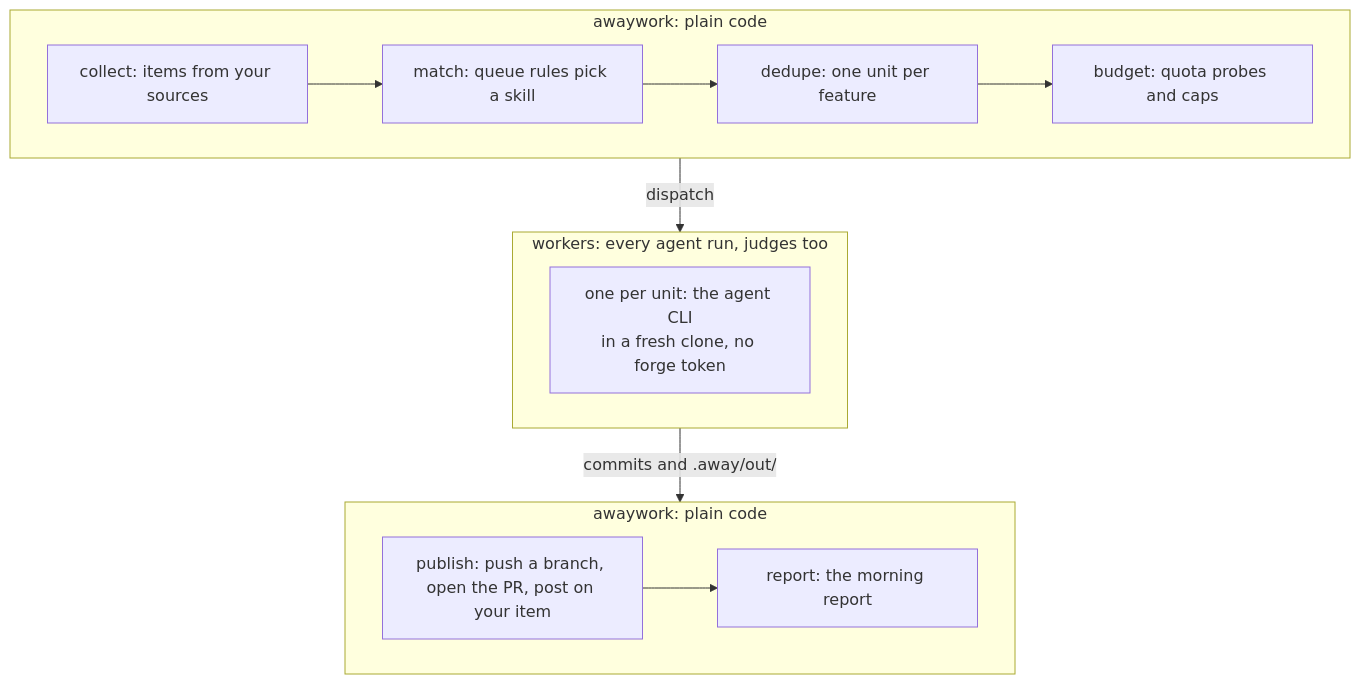
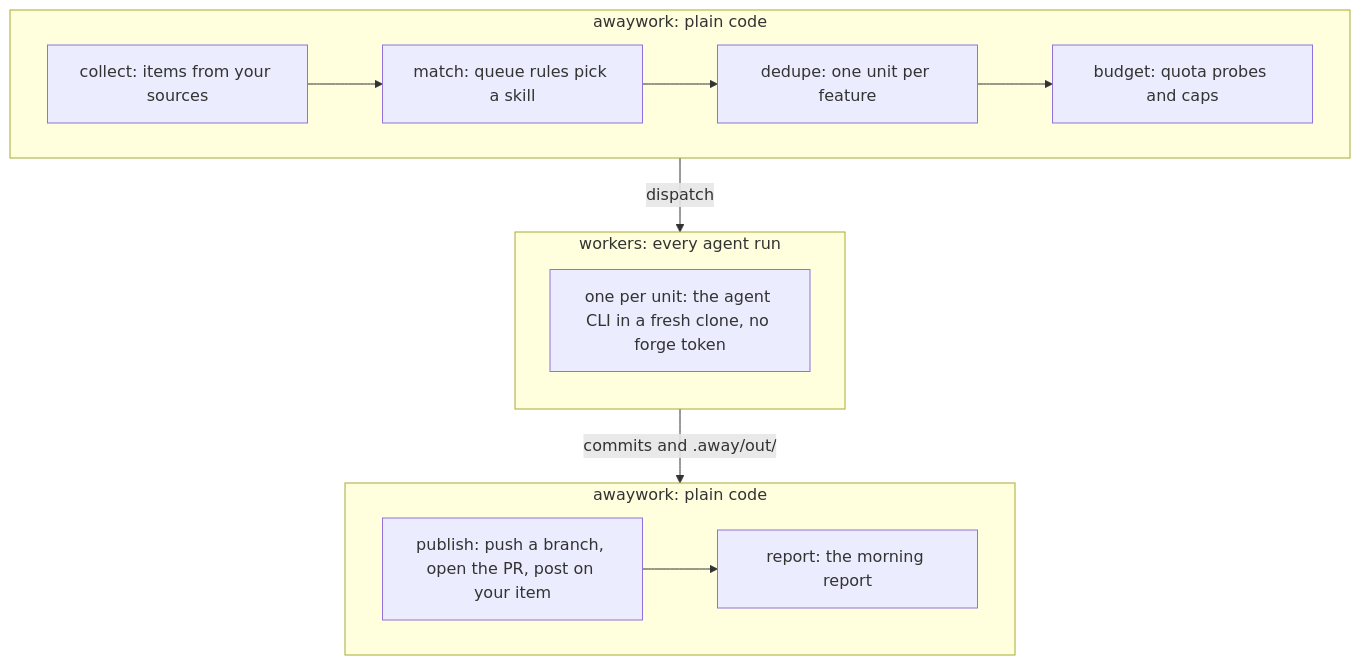
Before and after one commit to AndreaProvenzale/awaywork: the diagram in docs/guide/how-it-works.md, drawn with Mermaid. The commit also changed 20 other files, not shown here.

````diff
--- a/docs/guide/how-it-works.md
+++ b/docs/guide/how-it-works.md
@@ -9,22 +9,23 @@
 ```mermaid
 flowchart TD
   subgraph before["awaywork: plain code"]
     direction LR
     collect["collect: items from your sources"]
     match["match: queue rules pick a skill"]
     dedupe["dedupe: one unit per feature"]
     budget["budget: quota probes and caps"]
   end
-  subgraph workers["workers: every agent run, judges too"]
-    worker["one per unit: the agent CLI<br/>in a fresh clone, no forge token"]
+  subgraph workers["workers: every agent run"]
+    direction TB
+    worker["one per unit: the agent CLI in a fresh clone, no forge token"]
   end
   subgraph after["awaywork: plain code"]
     direction LR
     publish["publish: push a branch, open the PR, post on your item"]
     report["report: the morning report"]
   end
   collect --> match --> dedupe --> budget
   before -- dispatch --> workers
   workers -- "commits and .away/out/" --> after
   publish --> report
 ```
````
